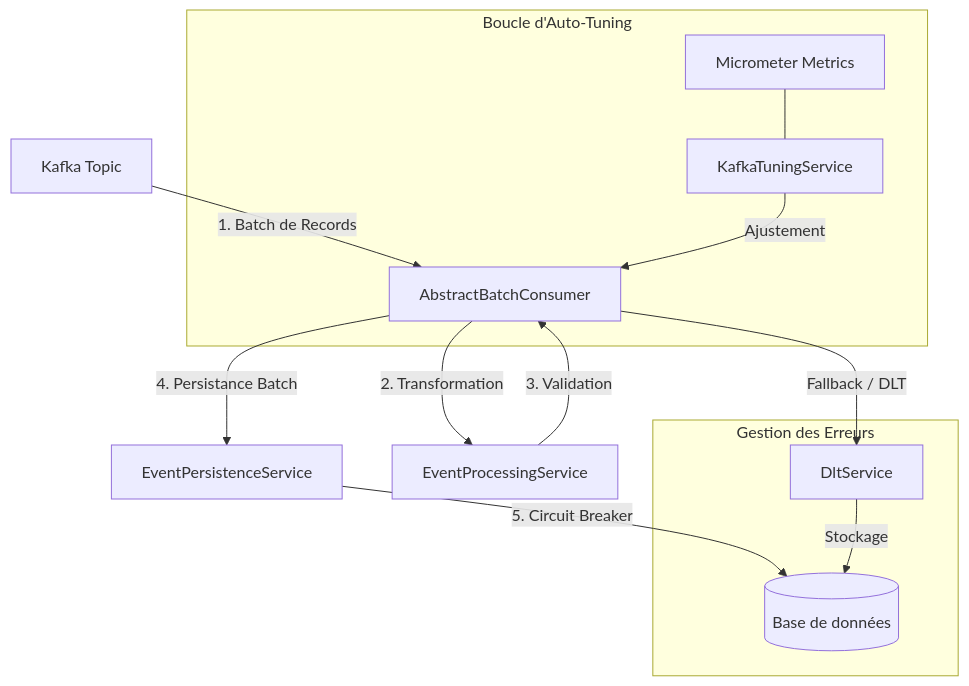
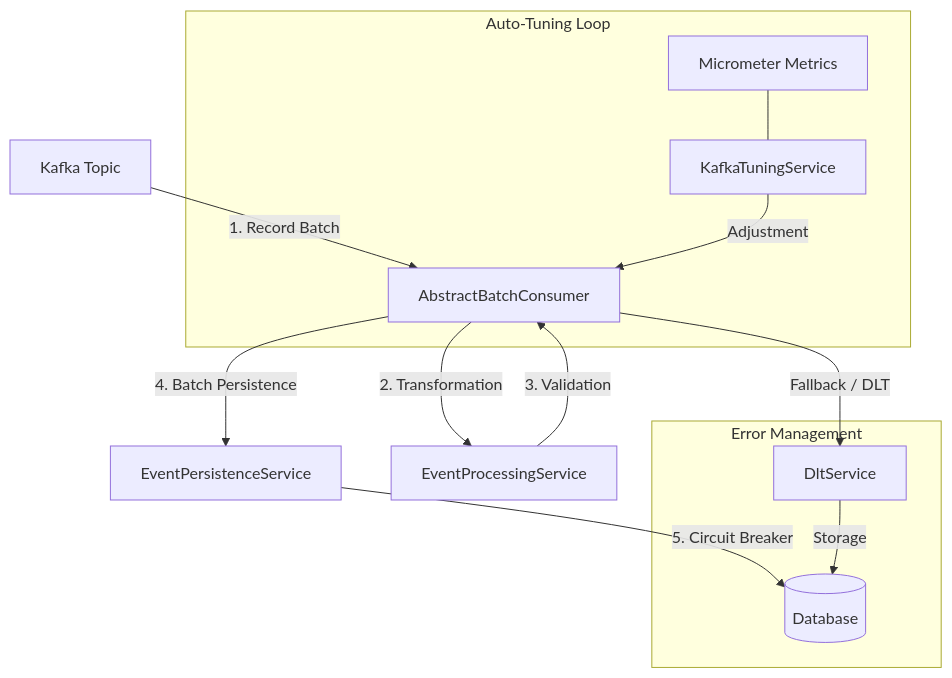
One commit to devdownin/kafkaconsumerautotune changed the diagram in DOCUMENTATION.md. Above: the diagram before and after it, drawn with Mermaid. The commit also changed other lines of this file and 2 other files, not shown here.

First line of the commit message:
Rebrand project to KafkaConsumerAutoTune and translate documentation

````diff
--- a/DOCUMENTATION.md
+++ b/DOCUMENTATION.md
@@ -16,18 +16,18 @@
 ```mermaid
 graph TD
-    K[Kafka Topic] -->|1. Batch de Records| C[AbstractBatchConsumer]
+    K[Kafka Topic] -->|1. Record Batch| C[AbstractBatchConsumer]
     C -->|2. Transformation| P[EventProcessingService]
     P -->|3. Validation| C
-    C -->|4. Persistance Batch| S[EventPersistenceService]
-    S -->|5. Circuit Breaker| DB[(Base de données)]
+    C -->|4. Batch Persistence| S[EventPersistenceService]
+    S -->|5. Circuit Breaker| DB[(Database)]
 
-    subgraph "Boucle d'Auto-Tuning"
+    subgraph "Auto-Tuning Loop"
         M[Micrometer Metrics] --- T[KafkaTuningService]
-        T -->|Ajustement| C
+        T -->|Adjustment| C
     end
 
-    subgraph "Gestion des Erreurs"
+    subgraph "Error Management"
         C -->|Fallback / DLT| DLT[DltService]
-        DLT -->|Stockage| DB
+        DLT -->|Storage| DB
     end
 ```
````
